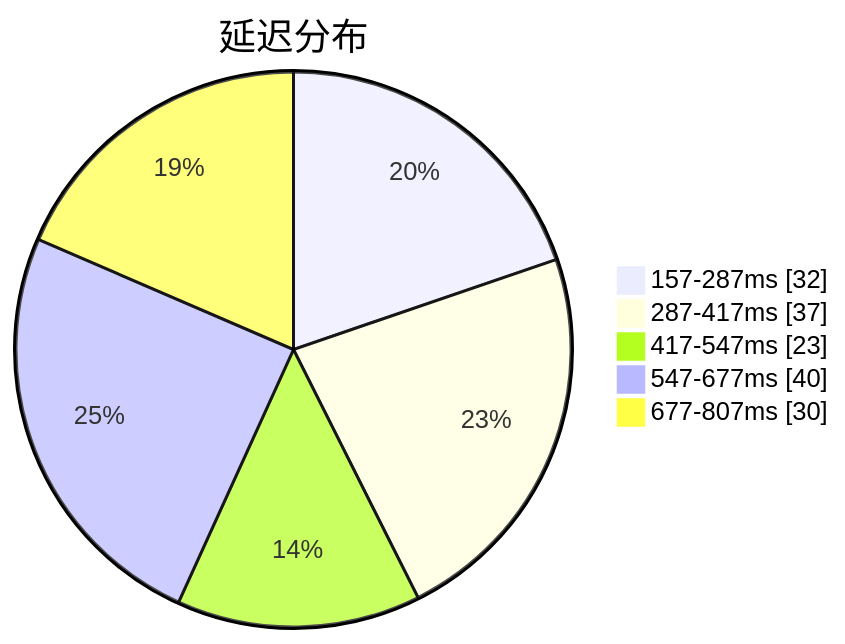
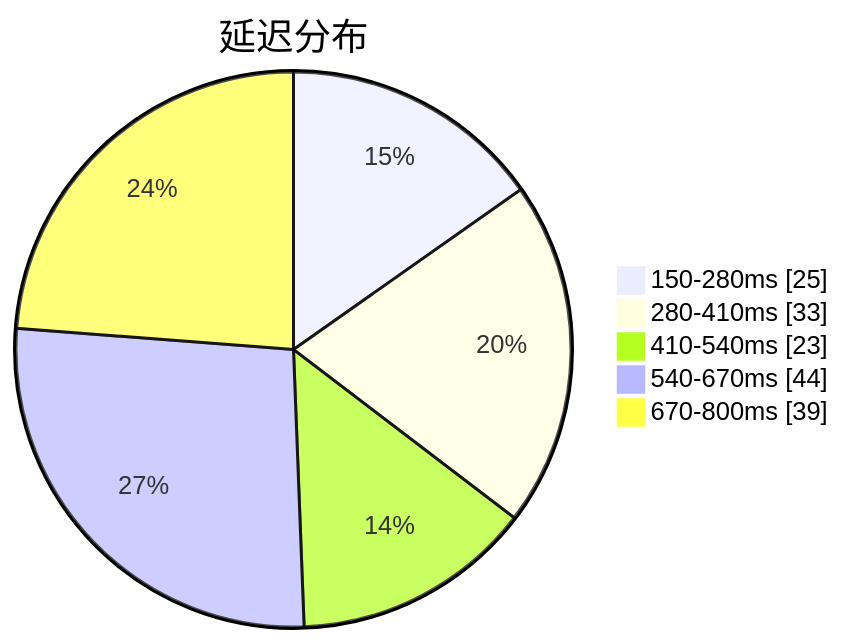
One commit to qjlxg/airport changed the first of 3 diagrams in subs/statistics/tested_within.md. Above: the diagram before and after it, drawn with Mermaid. The commit also changed other lines of this file and 2 other files, not shown here.

Commit message:
Tested by metaST

````diff
--- a/subs/statistics/tested_within.md
+++ b/subs/statistics/tested_within.md
@@ -2,9 +2,9 @@
 ```mermaid
 pie showData
 title 延迟分布
-"157-287ms" : 32
-"287-417ms" : 37
-"417-547ms" : 23
-"547-677ms" : 40
-"677-807ms" : 30
+"150-280ms" : 25
+"280-410ms" : 33
+"410-540ms" : 23
+"540-670ms" : 44
+"670-800ms" : 39
 ```
````
